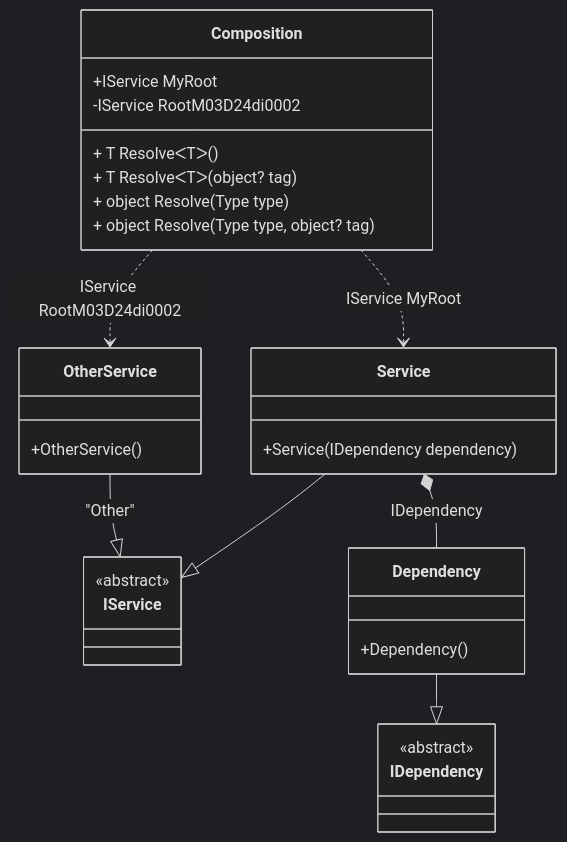
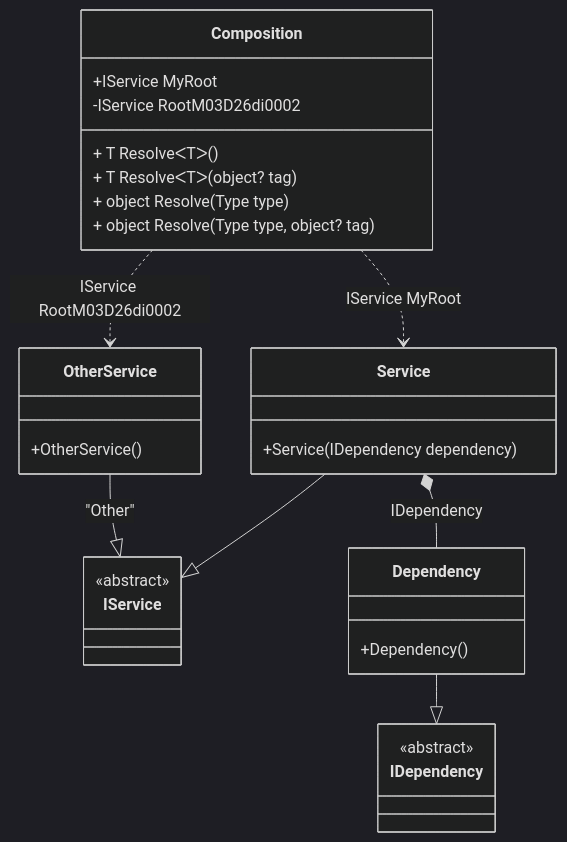
Before and after one commit to DevTeam/Pure.DI: the diagram in readme/composition-roots-simplified.md, drawn with Mermaid (dark theme). The commit also changed other lines of this file and 78 other files, not shown here.

````diff
--- a/readme/composition-roots-simplified.md
+++ b/readme/composition-roots-simplified.md
@@ -43,32 +43,32 @@
 ```mermaid
 classDiagram
   class Composition {
     +IService MyRoot
-    -IService RootM03D24di0002
+    -IService RootM03D26di0002
     + T ResolveᐸTᐳ()
     + T ResolveᐸTᐳ(object? tag)
     + object Resolve(Type type)
     + object Resolve(Type type, object? tag)
   }
   Service --|> IService : 
   class Service {
     +Service(IDependency dependency)
   }
   OtherService --|> IService : "Other" 
   class OtherService {
     +OtherService()
   }
   Dependency --|> IDependency : 
   class Dependency {
     +Dependency()
   }
   class IService {
     <<abstract>>
   }
   class IDependency {
     <<abstract>>
   }
   Service *--  Dependency : IDependency
   Composition ..> Service : IService MyRoot
-  Composition ..> OtherService : IService RootM03D24di0002
+  Composition ..> OtherService : IService RootM03D26di0002
 ```
````
